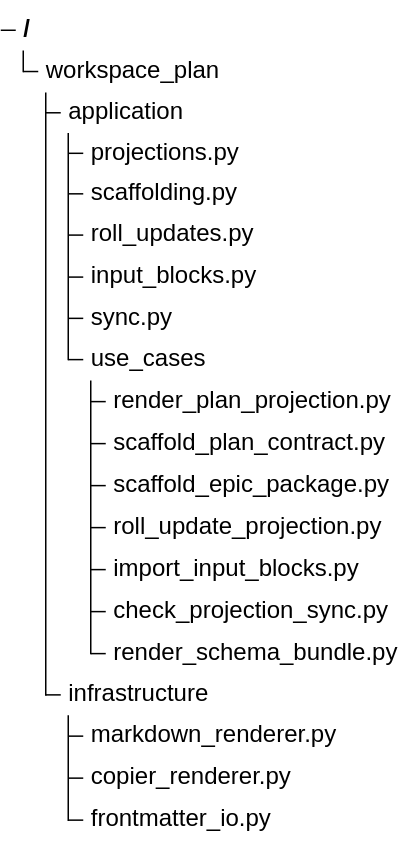
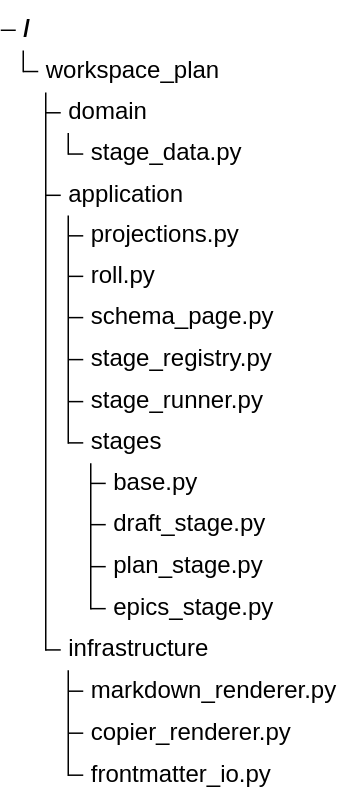
The third of 3 diagrams in .enclosure/plans/planning-workflow/epics/projected-documents/SCHEMAS.md (9orky/enclosure), drawn with Mermaid before and after one commit. The commit also changed other lines of this file and 23 other files, not shown here.

````diff
--- a/.enclosure/plans/planning-workflow/epics/projected-documents/SCHEMAS.md
+++ b/.enclosure/plans/planning-workflow/epics/projected-documents/SCHEMAS.md
@@ -190,24 +215,23 @@
 ```mermaid
 %% contract: files
 %%{init: {"theme": "base", "themeVariables": {"labelColor": "#172033", "lineColor": "#64748b"}}}%%
 treeView-beta
   "workspace_plan"
+    "domain"
+      "stage_data.py"
     "application"
       "projections.py"
-      "scaffolding.py"
-      "roll_updates.py"
-      "input_blocks.py"
-      "sync.py"
-      "use_cases"
-        "render_plan_projection.py"
-        "scaffold_plan_contract.py"
-        "scaffold_epic_package.py"
-        "roll_update_projection.py"
-        "import_input_blocks.py"
-        "check_projection_sync.py"
-        "render_schema_bundle.py"
+      "roll.py"
+      "schema_page.py"
+      "stage_registry.py"
+      "stage_runner.py"
+      "stages"
+        "base.py"
+        "draft_stage.py"
+        "plan_stage.py"
+        "epics_stage.py"
     "infrastructure"
       "markdown_renderer.py"
       "copier_renderer.py"
       "frontmatter_io.py"
 ```
````
